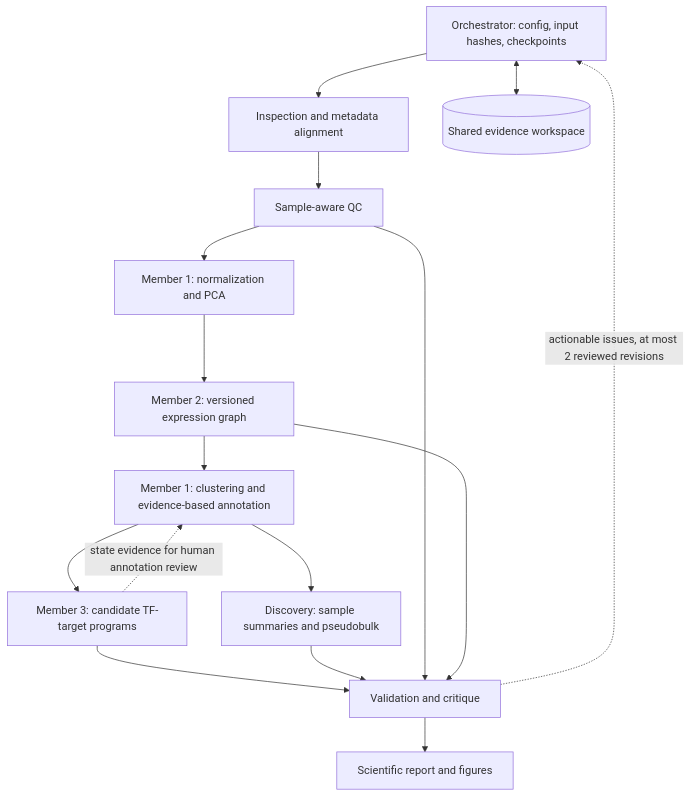
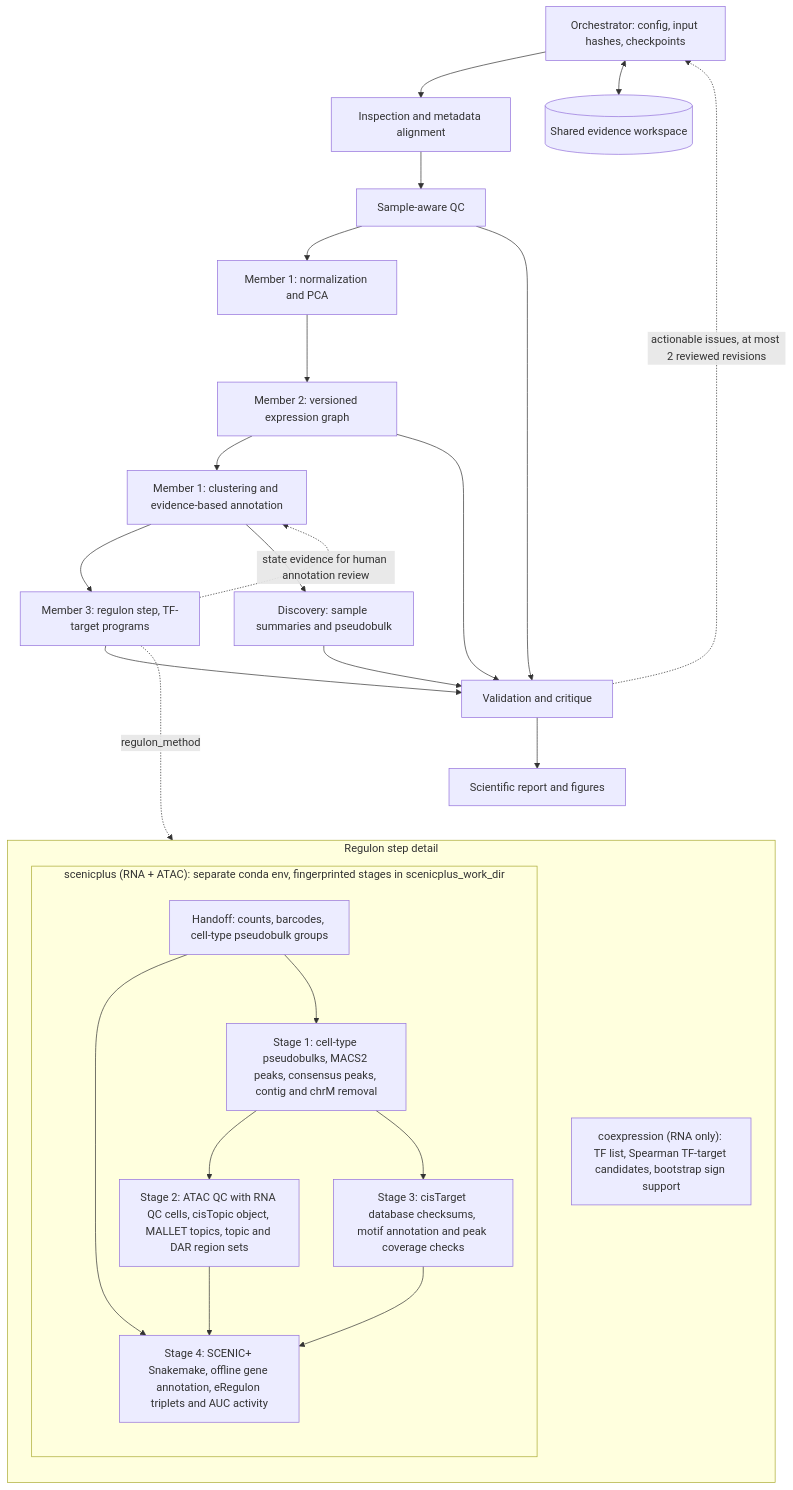
One commit to MingBit/CCamp2026_AgenticWork changed the diagram in README.md. Above: the diagram before and after it, drawn with Mermaid. The commit also changed other lines of this file and 38 other files, not shown here.

First line of the commit message:
Add SCENIC+ regulon method for paired RNA + ATAC data

````diff
--- a/README.md
+++ b/README.md
@@ -43,18 +56,33 @@
 ```mermaid
 flowchart TD
   O[Orchestrator: config, input hashes, checkpoints] --> I[Inspection and metadata alignment]
   I --> Q[Sample-aware QC]
   Q --> R[Member 1: normalization and PCA]
   R --> G[Member 2: versioned expression graph]
   G --> C[Member 1: clustering and evidence-based annotation]
-  C --> T[Member 3: candidate TF-target programs]
+  C --> T[Member 3: regulon step, TF-target programs]
   C --> D[Discovery: sample summaries and pseudobulk]
   T --> V[Validation and critique]
   D --> V
   Q --> V
   G --> V
   V --> P[Scientific report and figures]
   V -. actionable issues, at most 2 reviewed revisions .-> O
   T -. state evidence for human annotation review .-> C
   O <--> E[(Shared evidence workspace)]
+  P ~~~ REG
+  T -. "regulon_method" .-> REG
+  subgraph REG["Regulon step detail"]
+    direction TB
+    RC["coexpression (RNA only): TF list, Spearman TF-target candidates, bootstrap sign support"]
+    subgraph SP["scenicplus (RNA + ATAC): separate conda env, fingerprinted stages in scenicplus_work_dir"]
+      direction TB
+      S0["Handoff: counts, barcodes, cell-type pseudobulk groups"] --> S1["Stage 1: cell-type pseudobulks, MACS2 peaks, consensus peaks, contig and chrM removal"]
+      S1 --> S2["Stage 2: ATAC QC with RNA QC cells, cisTopic object, MALLET topics, topic and DAR region sets"]
+      S1 --> S3["Stage 3: cisTarget database checksums, motif annotation and peak coverage checks"]
+      S0 --> S4["Stage 4: SCENIC+ Snakemake, offline gene annotation, eRegulon triplets and AUC activity"]
+      S2 --> S4
+      S3 --> S4
+    end
+  end
 ```
````
